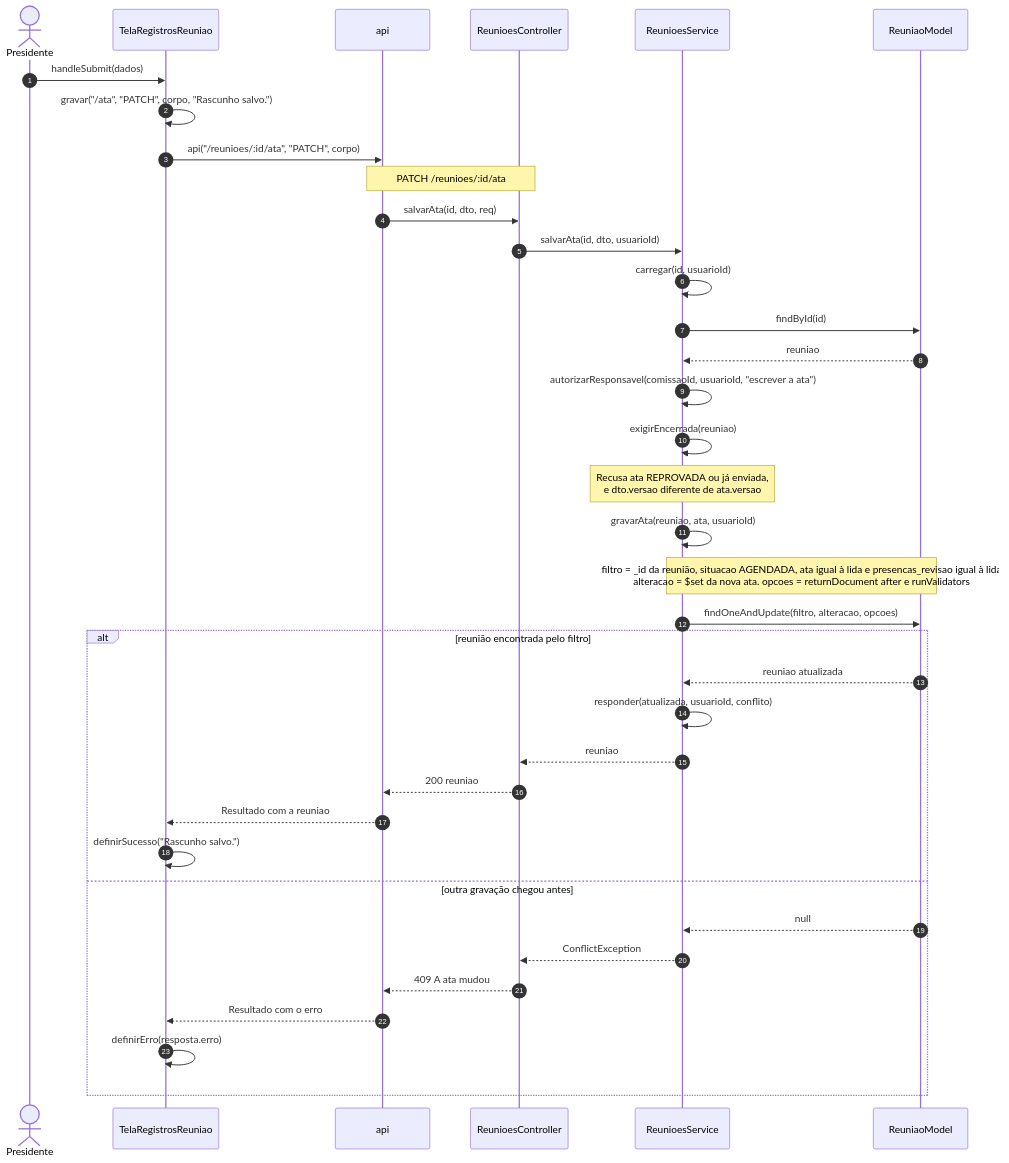
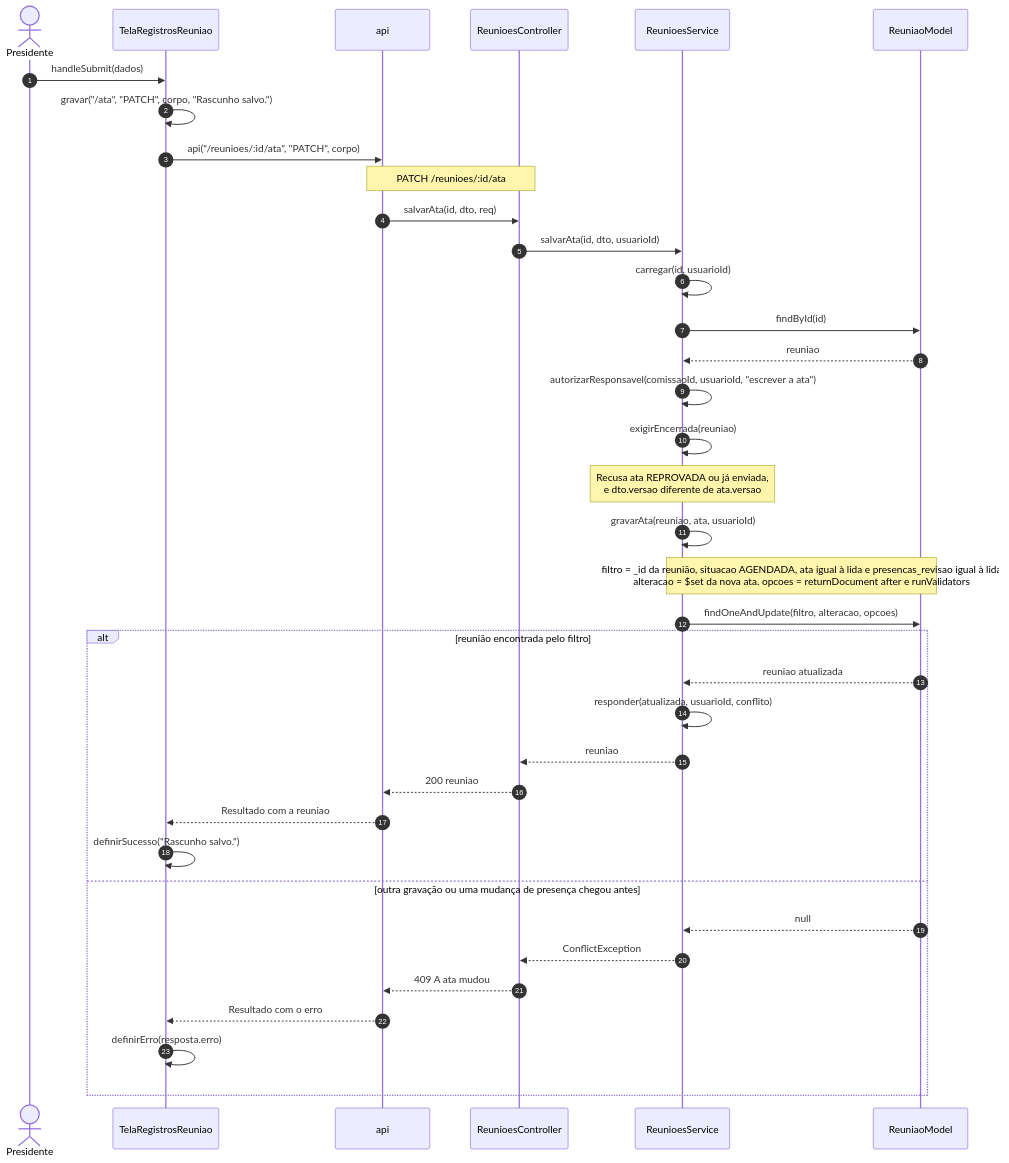
The first of 9 diagrams in 4 - Incremento3/atas/6 - diagramas-sequencia-atas.md (Conecta-IFSP/DOCUMENTATION), drawn with Mermaid before and after one commit. The commit also changed other lines of this file and 9 other files, not shown here.

````diff
--- a/4 - Incremento3/atas/6 - diagramas-sequencia-atas.md
+++ b/4 - Incremento3/atas/6 - diagramas-sequencia-atas.md
@@ -13,39 +13,39 @@
 ```mermaid
 sequenceDiagram
     autonumber
     actor U as Presidente
     participant T as TelaRegistrosReuniao
     participant A as api
     participant C as ReunioesController
     participant S as ReunioesService
     participant M as ReuniaoModel
     U->>T: handleSubmit(dados)
     T->>T: gravar("/ata", "PATCH", corpo, "Rascunho salvo.")
     T->>A: api("/reunioes/:id/ata", "PATCH", corpo)
     Note over A,C: PATCH /reunioes/:id/ata
     A->>C: salvarAta(id, dto, req)
     C->>S: salvarAta(id, dto, usuarioId)
     S->>S: carregar(id, usuarioId)
     S->>M: findById(id)
     M-->>S: reuniao
     S->>S: autorizarResponsavel(comissaoId, usuarioId, "escrever a ata")
     S->>S: exigirEncerrada(reuniao)
     Note over S: Recusa ata REPROVADA ou já enviada,<br/>e dto.versao diferente de ata.versao
     S->>S: gravarAta(reuniao, ata, usuarioId)
     Note over S,M: filtro = _id da reunião, situacao AGENDADA, ata igual à lida e presencas_revisao igual à lida<br/>alteracao = $set da nova ata. opcoes = returnDocument after e runValidators
     S->>M: findOneAndUpdate(filtro, alteracao, opcoes)
     alt reunião encontrada pelo filtro
         M-->>S: reuniao atualizada
         S->>S: responder(atualizada, usuarioId, conflito)
         S-->>C: reuniao
         C-->>A: 200 reuniao
         A-->>T: Resultado com a reuniao
         T->>T: definirSucesso("Rascunho salvo.")
-    else outra gravação chegou antes
+    else outra gravação ou uma mudança de presença chegou antes
         M-->>S: null
         S-->>C: ConflictException
         C-->>A: 409 A ata mudou
         A-->>T: Resultado com o erro
         T->>T: definirErro(resposta.erro)
     end
 ```
````
